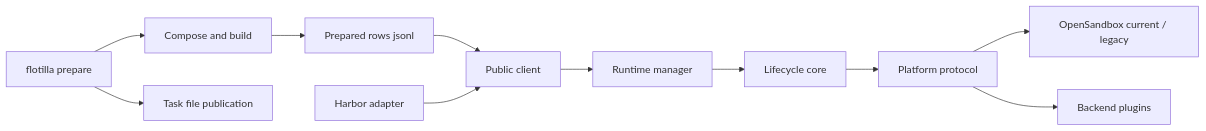
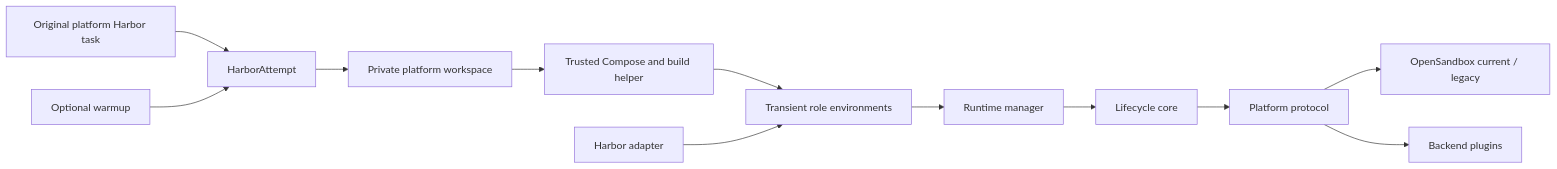
One commit to matrix72c/flotilla changed the diagram in docs/Architecture.md. Above: the diagram before and after it, drawn with Mermaid. The commit also changed other lines of this file and 101 other files, not shown here.

First line of the commit message:
feat: run native Harbor tasks in isolated platform workspaces

````diff
--- a/docs/Architecture.md
+++ b/docs/Architecture.md
@@ -24,13 +23,14 @@
 ```mermaid
 flowchart LR
-    Prepare[flotilla prepare] --> Build[Compose and build]
-    Build --> Rows[Prepared rows jsonl]
-    Prepare --> Publish[Task file publication]
-    Rows --> API[Public client]
+    Source[Original platform Harbor task] --> Attempt[HarborAttempt]
+    Prepare[Optional warmup] --> Attempt
+    Attempt --> Workspace[Private platform workspace]
+    Workspace --> Build[Trusted Compose and build helper]
+    Build --> API[Transient role environments]
     API --> Manager[Runtime manager]
     Manager --> Core[Lifecycle core]
     Core --> Platform[Platform protocol]
     Platform --> Backend[OpenSandbox current / legacy]
     Platform --> Plugin[Backend plugins]
     Harbor[Harbor adapter] --> API
 ```
````
